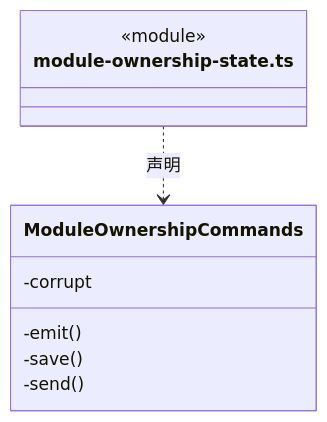
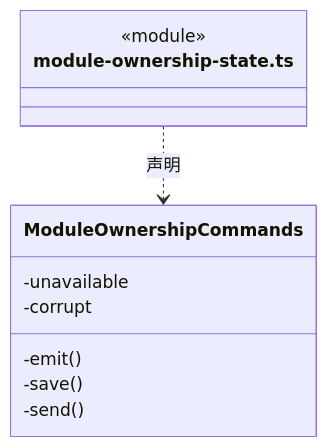
The eighth of 18 diagrams in src/frontend/workspace/ARCHITECTURE.md (nan023062/cbim), drawn with Mermaid before and after one commit. The commit also changed other lines of this file and 21 other files, not shown here.

````diff
--- a/src/frontend/workspace/ARCHITECTURE.md
+++ b/src/frontend/workspace/ARCHITECTURE.md
@@ -178,13 +178,14 @@
 ```mermaid
 classDiagram
 class N_src_frontend_workspace_module_ownership_state_ts["module-ownership-state.ts"] {
   <<module>>
 }
 class N_src_frontend_workspace_module_ownership_state_ts_ModuleOwnershipCommands["ModuleOwnershipCommands"] {
+  -unavailable
   -corrupt
   -emit()
   -save()
   -send()
 }
 N_src_frontend_workspace_module_ownership_state_ts ..> N_src_frontend_workspace_module_ownership_state_ts_ModuleOwnershipCommands : 声明
 ```
````
